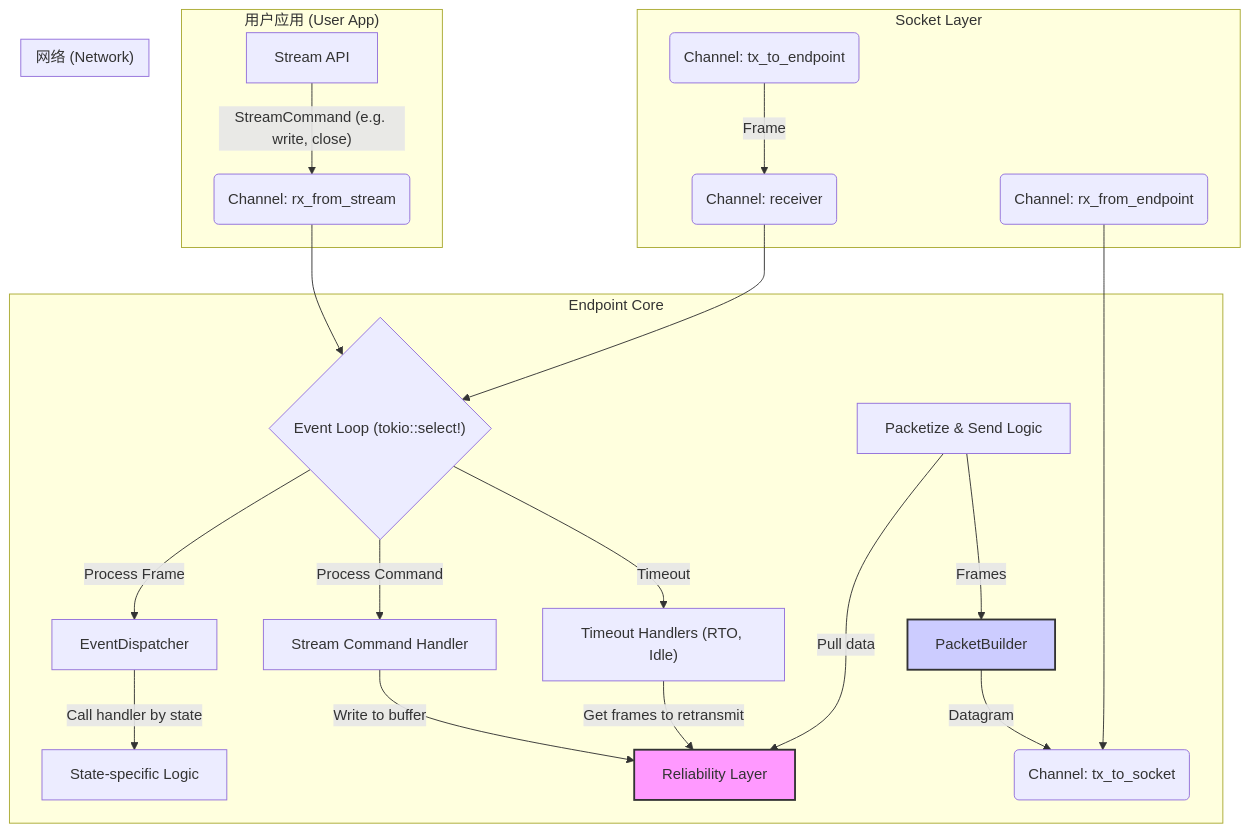
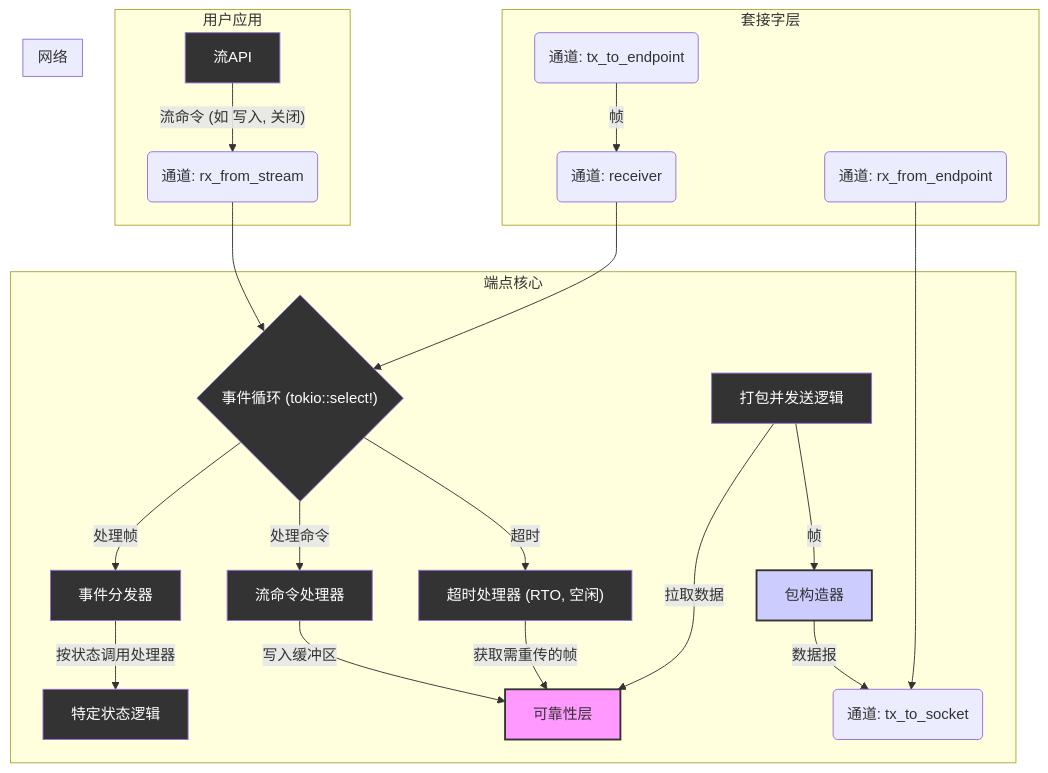
One commit to ShaoG-R/kestrel-protocol changed the diagram in docs/src/dev-docs/components/endpoint/core.md. Above: the diagram before and after it, drawn with Mermaid. The commit also changed 5 other files, not shown here.

````diff
--- a/docs/src/dev-docs/components/endpoint/core.md
+++ b/docs/src/dev-docs/components/endpoint/core.md
@@ -40,35 +40,42 @@
 ```mermaid
 graph TD
-    subgraph "用户应用 (User App)"
-        A[Stream API] -- "StreamCommand (e.g. write, close)" --> B
+    subgraph "用户应用"
+        A[流API] -- "流命令 (如 写入, 关闭)" --> B
     end
 
-    subgraph "Endpoint Core"
-        B(Channel: rx_from_stream) --> C{"Event Loop (tokio::select!)"}
+    subgraph "端点核心"
+        B(通道: rx_from_stream) --> C{"事件循环 (tokio::select!)"}
         
-        C -- "Process Frame" --> D[EventDispatcher]
-        D -- "Call handler by state" --> E[State-specific Logic]
+        C -- "处理帧" --> D[事件分发器]
+        D -- "按状态调用处理器" --> E[特定状态逻辑]
         
-        C -- "Process Command" --> F[Stream Command Handler]
-        F -- "Write to buffer" --> G[Reliability Layer]
+        C -- "处理命令" --> F[流命令处理器]
+        F -- "写入缓冲区" --> G[可靠性层]
 
-        C -- "Timeout" --> H["Timeout Handlers (RTO, Idle)"]
-        H -- "Get frames to retransmit" --> G
+        C -- "超时" --> H["超时处理器 (RTO, 空闲)"]
+        H -- "获取需重传的帧" --> G
         
-        I[Packetize & Send Logic] -- "Pull data" --> G
-        I -- "Frames" --> J[PacketBuilder]
-        J -- "Datagram" --> K(Channel: tx_to_socket)
+        I[打包并发送逻辑] -- "拉取数据" --> G
+        I -- "帧" --> J[包构造器]
+        J -- "数据报" --> K(通道: tx_to_socket)
     end
 
-    subgraph "Socket Layer"
-        L(Channel: rx_from_endpoint) --> K
-        M(Channel: tx_to_endpoint) -- "Frame" --> N
+    subgraph "套接字层"
+        L(通道: rx_from_endpoint) --> K
+        M(通道: tx_to_endpoint) -- "帧" --> N
     end
     
-    subgraph "网络 (Network)"
-       N(Channel: receiver) --> C
+    subgraph "网络"
+       N(通道: receiver) --> C
     end
     
+    style A fill:#333,color:#fff
+    style C fill:#333,color:#fff
+    style D fill:#333,color:#fff
+    style E fill:#333,color:#fff
+    style F fill:#333,color:#fff
+    style H fill:#333,color:#fff
+    style I fill:#333,color:#fff
     style G fill:#f9f,stroke:#333,stroke-width:2px
     style J fill:#ccf,stroke:#333,stroke-width:2px
 ```
````
